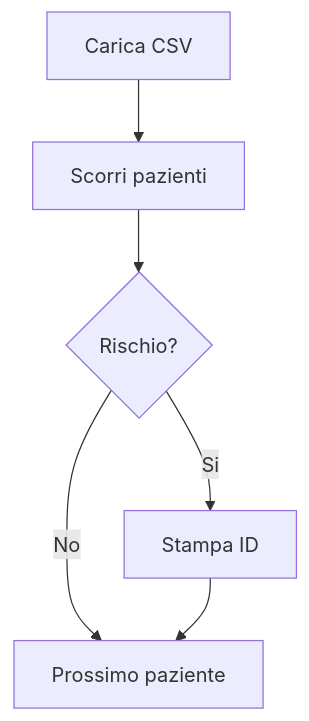
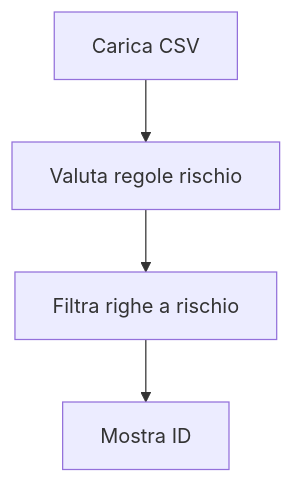
Before and after one commit to lucadagati/Lab_Fondamenti_di_Informatica_25_26: the first of 10 diagrams in 04-python-jupyter-analisi-biomedica/README.md, drawn with Mermaid. The commit also changed other lines of this file and 11 other files, not shown here.

````diff
--- a/04-python-jupyter-analisi-biomedica/README.md
+++ b/04-python-jupyter-analisi-biomedica/README.md
@@ -43,8 +49,6 @@
 ```mermaid
 flowchart TD
-    A[Carica CSV] --> B[Scorri pazienti]
-    B --> C{Rischio?}
-    C -- Si --> D[Stampa ID]
-    C -- No --> E[Prossimo paziente]
-    D --> E
+    A[Carica CSV] --> B[Valuta regole rischio]
+    B --> C[Filtra righe a rischio]
+    C --> D[Mostra ID]
 ```
````
